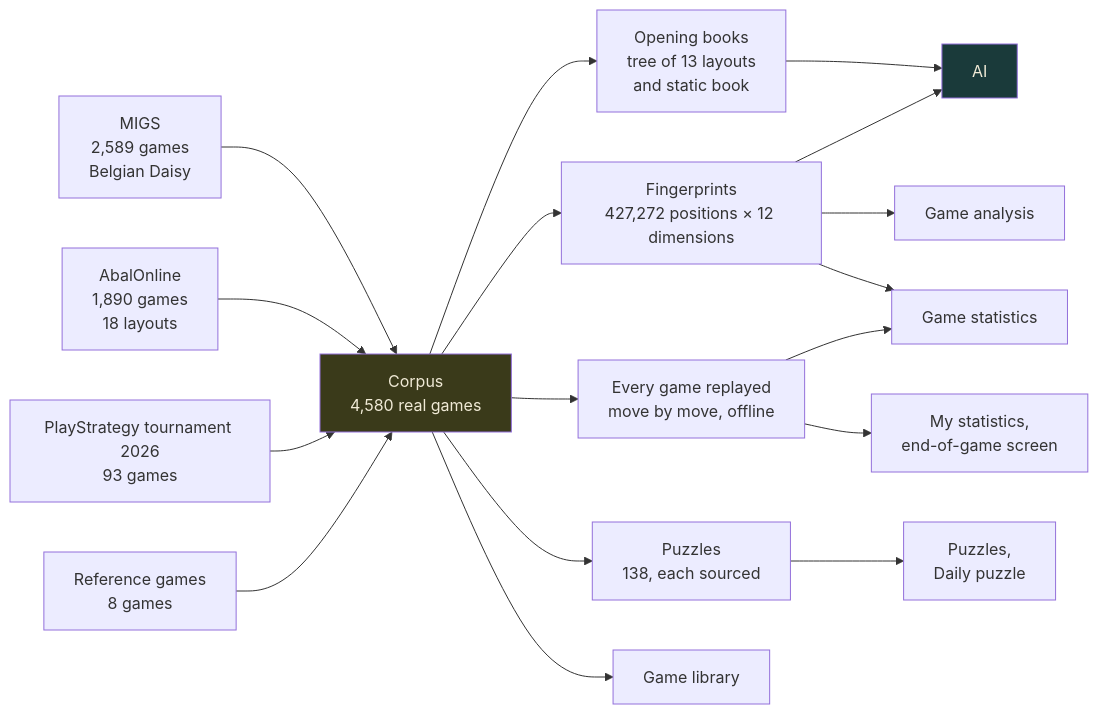
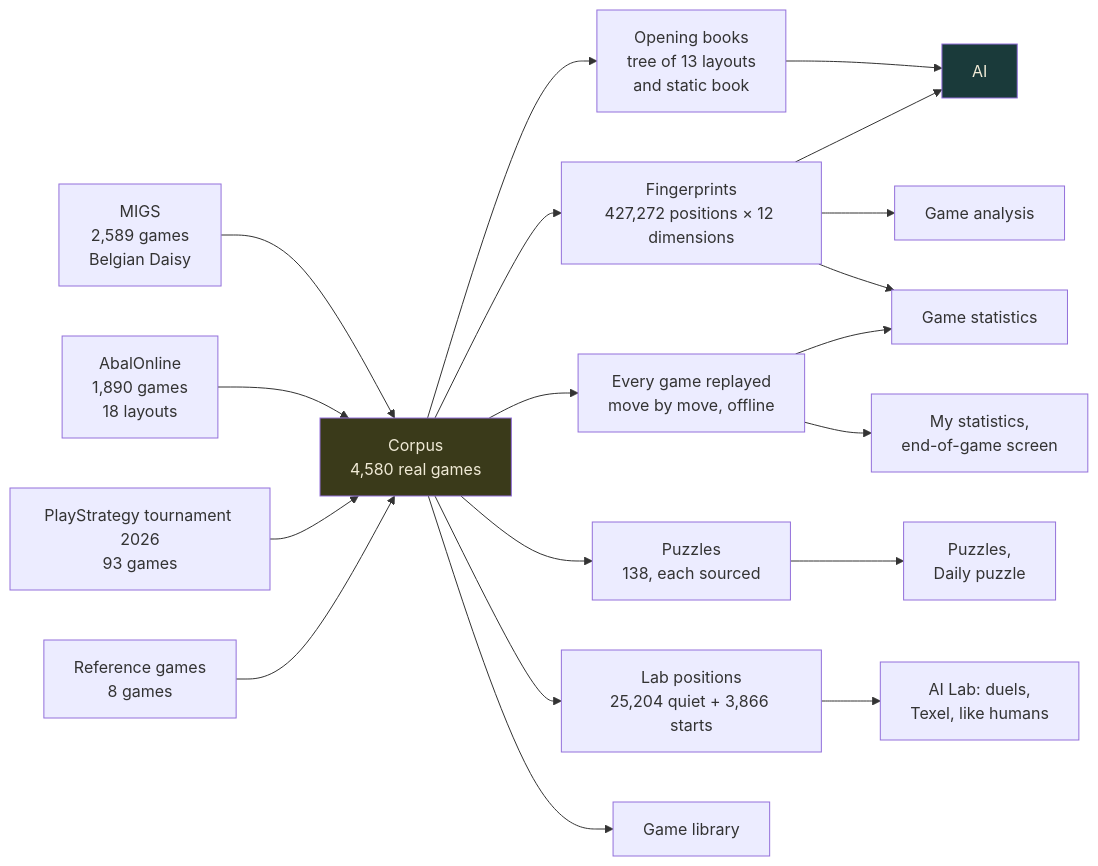
Before and after one commit to ocj94/Abalassembly: the second of 3 diagrams in docs-en/Architecture.en.md, drawn with Mermaid. The commit also changed other lines of this file and 30 other files, not shown here.

````diff
--- a/docs-en/Architecture.en.md
+++ b/docs-en/Architecture.en.md
@@ -60,24 +60,26 @@
 ```mermaid
 flowchart LR
     S1[MIGS<br/>2,589 games<br/>Belgian Daisy] --> C[Corpus<br/>4,580 real games]
     S2[AbalOnline<br/>1,890 games<br/>18 layouts] --> C
     S3[PlayStrategy tournament 2026<br/>93 games] --> C
     S4[Reference games<br/>8 games] --> C
 
     C --> O[Opening books<br/>tree of 13 layouts<br/>and static book]
     C --> E[Fingerprints<br/>427,272 positions × 12 dimensions]
     C --> R[Every game replayed<br/>move by move, offline]
     C --> P[Puzzles<br/>138, each sourced]
+    C --> LP[Lab positions<br/>25,204 quiet + 3,866 starts]
     C --> L[Game library]
 
     O --> AI[AI]
     E --> AI
     E --> AN[Game analysis]
     E --> ST[Game statistics]
     R --> ST
     R --> MS[My statistics,<br/>end-of-game screen]
     P --> PB[Puzzles,<br/>Daily puzzle]
+    LP --> LAB[AI Lab: duels,<br/>Texel, like humans]
 
     style C fill:#3a3a1a,color:#f0ead6
     style AI fill:#1a3a3a,color:#f0ead6
 ```
````
